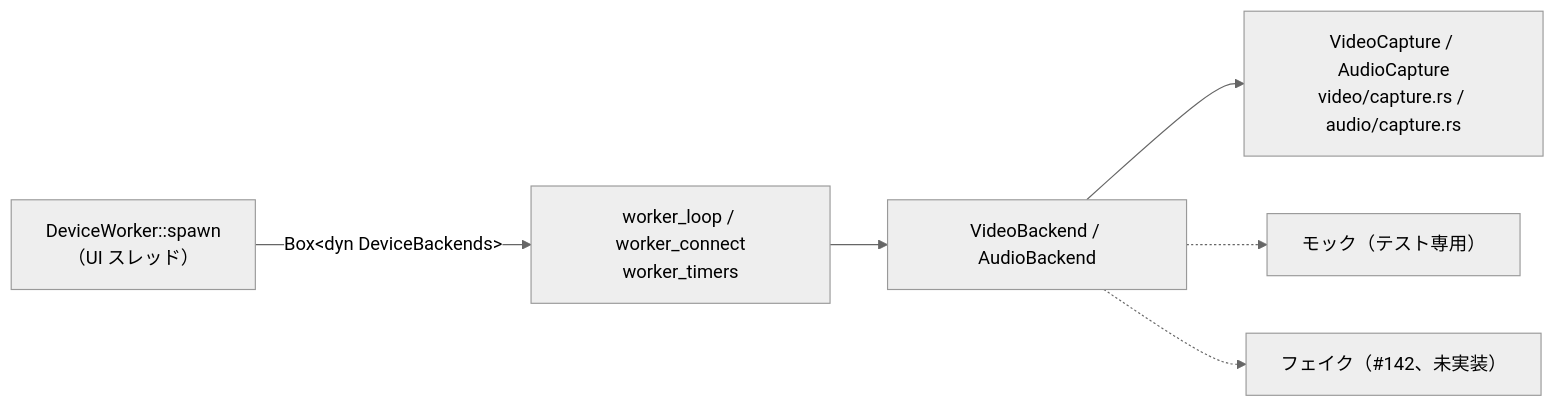
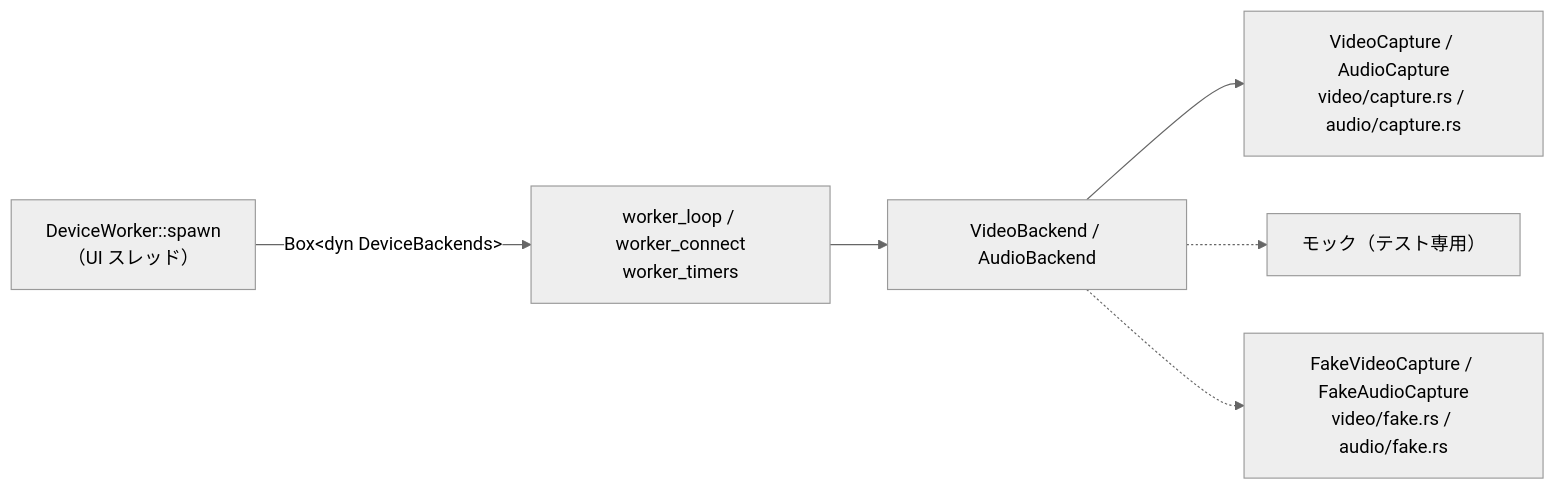
The second of 2 diagrams in docs/design/device-worker.md (Mui-MuiMui/Capturecard_Viewer), drawn with Mermaid (neutral theme) before and after one commit. The commit also changed other lines of this file and 10 other files, not shown here.

````diff
--- a/docs/design/device-worker.md
+++ b/docs/design/device-worker.md
@@ -57,15 +57,15 @@
 ```mermaid
 flowchart LR
     spawn["DeviceWorker::spawn<br/>（UI スレッド）"]
     loop["worker_loop / worker_connect<br/>worker_timers"]
     trait["VideoBackend / AudioBackend"]
     real["VideoCapture / AudioCapture<br/>video/capture.rs / audio/capture.rs"]
     mock["モック（テスト専用）"]
-    fake["フェイク（#142、未実装）"]
+    fake["FakeVideoCapture / FakeAudioCapture<br/>video/fake.rs / audio/fake.rs"]
 
     spawn -->|Box&lt;dyn DeviceBackends&gt;| loop
     loop --> trait
     trait --> real
     trait -.-> mock
     trait -.-> fake
 ```
````
